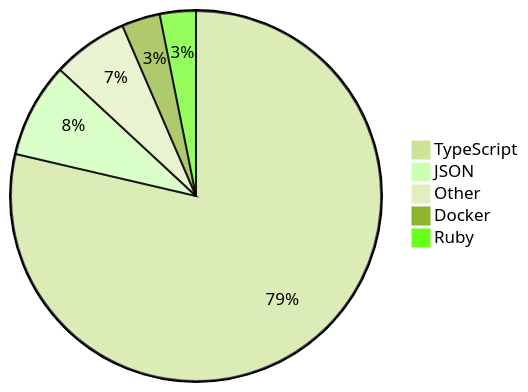
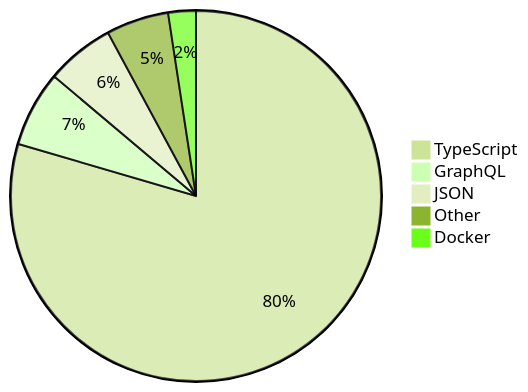
One commit to skvggor/skvggor changed the diagram in README.md. Above: the diagram before and after it, drawn with Mermaid (forest theme).

Commit message:
Updated waka-readme graph with new metrics

````diff
--- a/README.md
+++ b/README.md
@@ -16,8 +16,8 @@
 ```mermaid
 pie
-    "TypeScript" : 75.1
-    "JSON" : 7.9
-    "Other" : 6.3
-    "Docker" : 3.2
-    "Ruby" : 3.0
+    "TypeScript" : 75.8
+    "GraphQL" : 6.3
+    "JSON" : 5.7
+    "Other" : 5.2
+    "Docker" : 2.3
 ```
````
